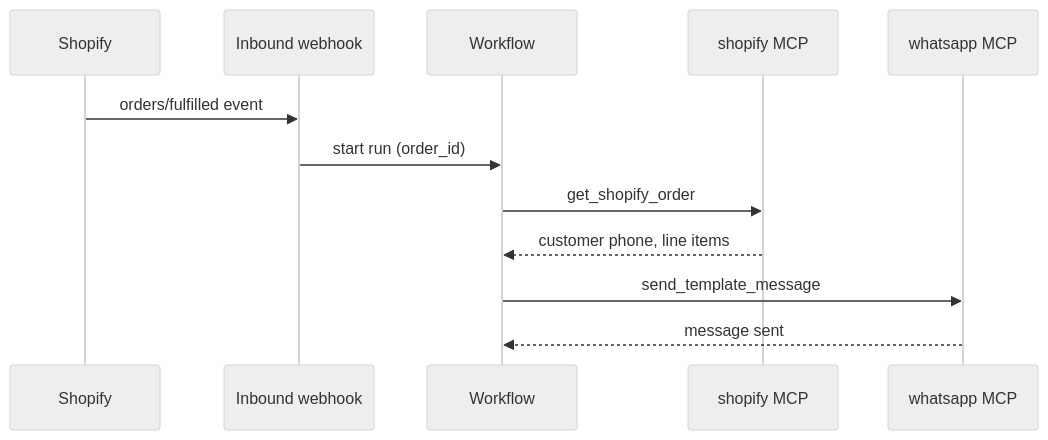
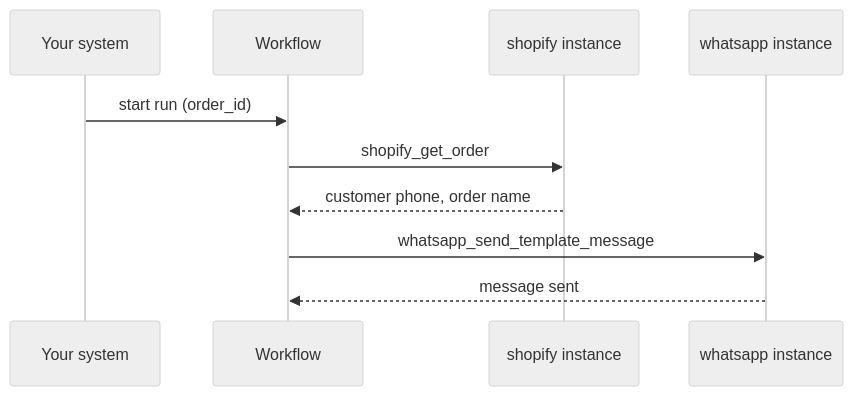
The diagram in guides/shopify-order-whatsapp.mdx (agentruntime-io/agentruntime-docs), drawn with Mermaid (neutral theme) before and after one commit. The commit also changed other lines of this file and 180 other files, not shown here.

````diff
--- a/guides/shopify-order-whatsapp.mdx
+++ b/guides/shopify-order-whatsapp.mdx
@@ -10,14 +12,12 @@
 ```mermaid
 sequenceDiagram
-  participant Shopify
-  participant WH as Inbound webhook
+  participant Sender as Your system
   participant WF as Workflow
-  participant S as shopify MCP
-  participant W as whatsapp MCP
-  Shopify->>WH: orders/fulfilled event
-  WH->>WF: start run (order_id)
-  WF->>S: get_shopify_order
-  S-->>WF: customer phone, line items
-  WF->>W: send_template_message
+  participant S as shopify instance
+  participant W as whatsapp instance
+  Sender->>WF: start run (order_id)
+  WF->>S: shopify_get_order
+  S-->>WF: customer phone, order name
+  WF->>W: whatsapp_send_template_message
   W-->>WF: message sent
 ```
````
